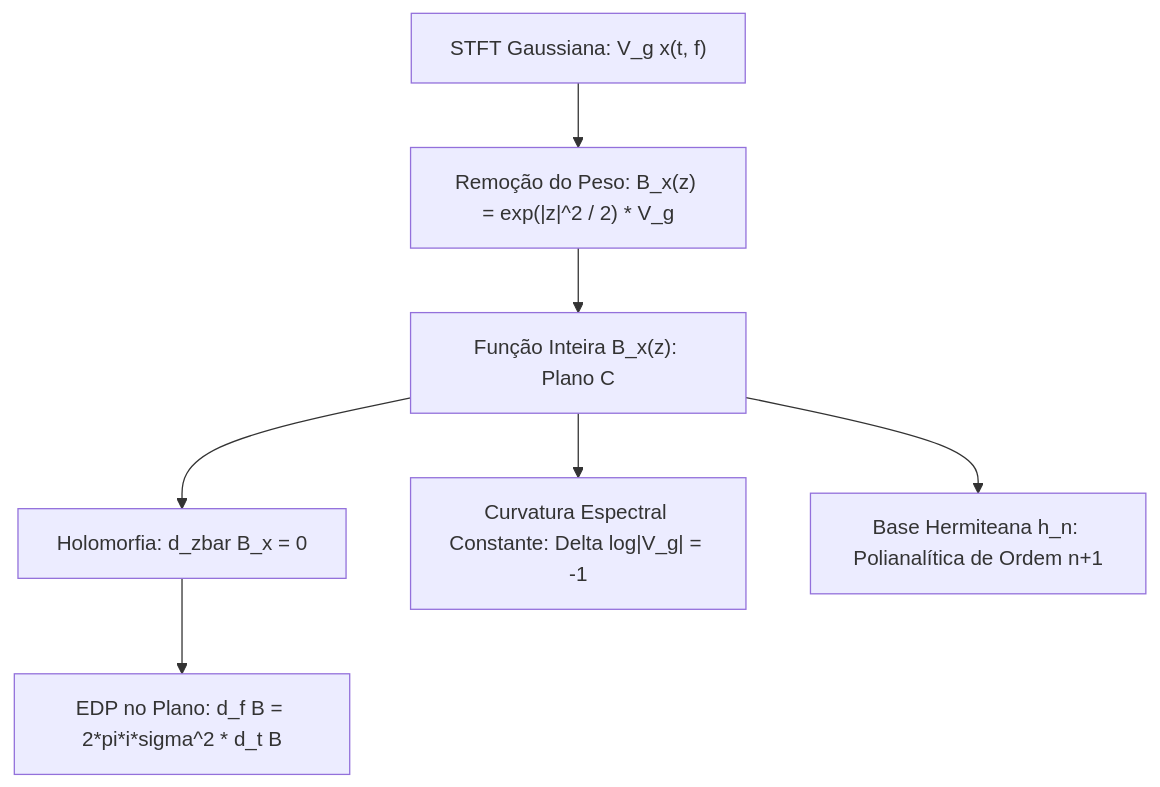
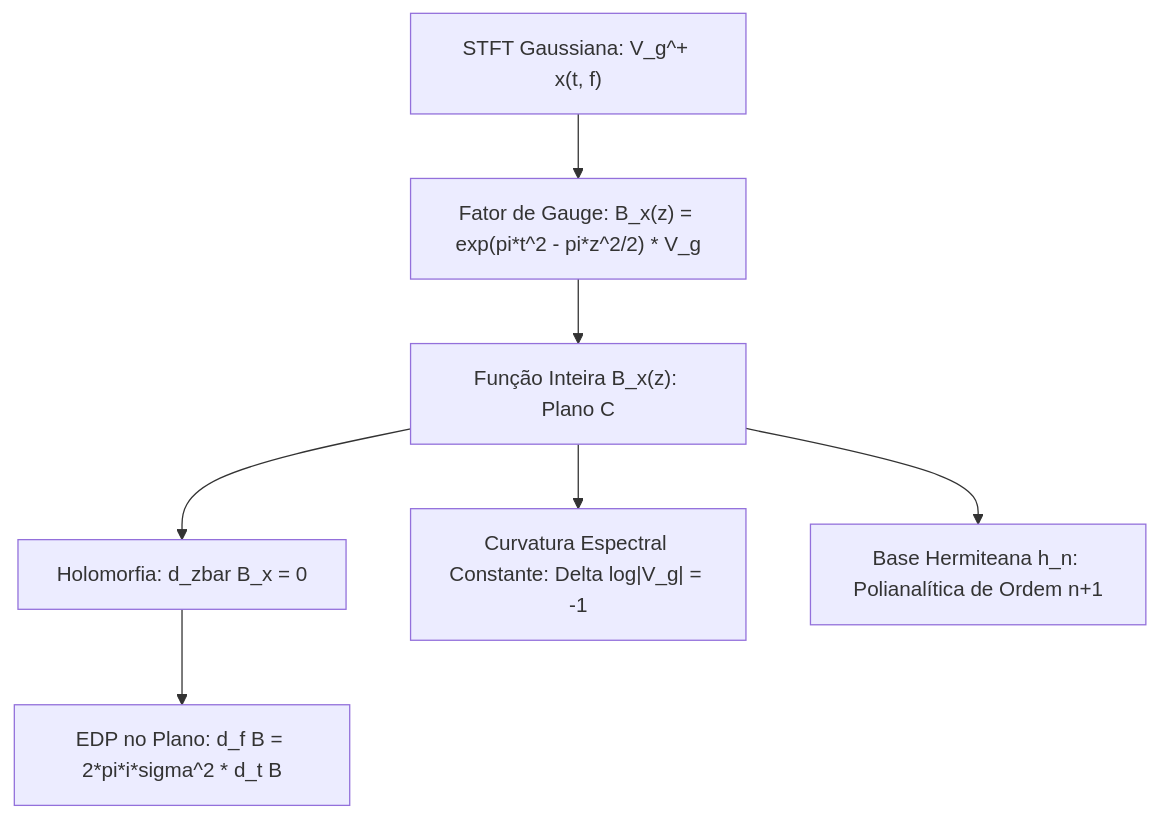
One commit to racoci/spectral changed the diagram in documentation/holomorphic_geometry/02_gaussian_stft_bargmann_fock.md. Above: the diagram before and after it, drawn with Mermaid. The commit also changed other lines of this file and 6 other files, not shown here.

First line of the commit message:
feat(holomorphy): implement Cauchy-Jet and Bargmann gauge in Rust with automated unit tests and SymPy symbolic verification

````diff
--- a/documentation/holomorphic_geometry/02_gaussian_stft_bargmann_fock.md
+++ b/documentation/holomorphic_geometry/02_gaussian_stft_bargmann_fock.md
@@ -47,9 +50,9 @@
 ```mermaid
 graph TD
-    STFT["STFT Gaussiana: V_g x(t, f)"] --> Weight["Remoção do Peso: B_x(z) = exp(|z|^2 / 2) * V_g"]
-    Weight --> Bargmann["Função Inteira B_x(z): Plano C"]
+    STFT["STFT Gaussiana: V_g^+ x(t, f)"] --> Gauge["Fator de Gauge: B_x(z) = exp(pi*t^2 - pi*z^2/2) * V_g"]
+    Gauge --> Bargmann["Função Inteira B_x(z): Plano C"]
     Bargmann --> Holo["Holomorfia: d_zbar B_x = 0"]
     Holo --> PDE["EDP no Plano: d_f B = 2*pi*i*sigma^2 * d_t B"]
     Bargmann --> Poisson["Curvatura Espectral Constante: Delta log|V_g| = -1"]
     Bargmann --> Hermite["Base Hermiteana h_n: Polianalítica de Ordem n+1"]
 ```
````
